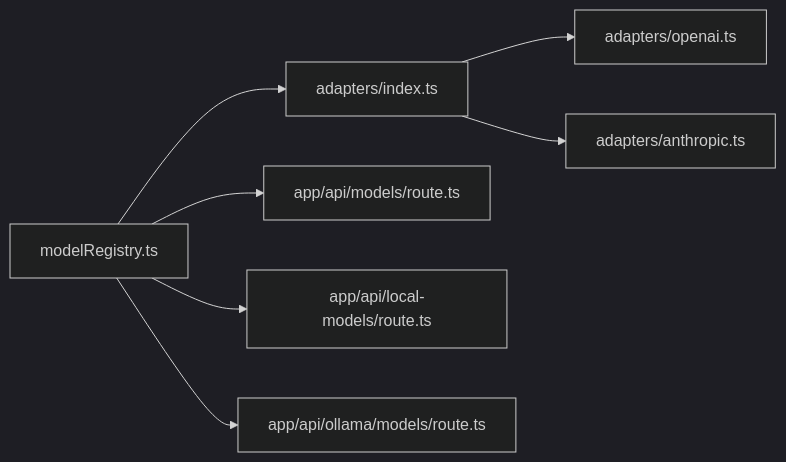
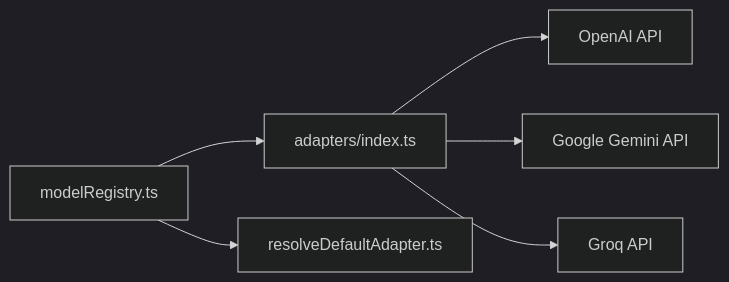
The fifth of 5 diagrams in .qoder/repowiki/en/content/AI Generation Engine/Model Configuration & Selection/Model Registry & Profiles.md (shekhargiri005-dotcom/AI-powered-accessibility-first-UI-engine), drawn with Mermaid (dark theme) before and after one commit. The commit also changed other lines of this file and 10 other files, not shown here.

````diff
--- a/.qoder/repowiki/en/content/AI Generation Engine/Model Configuration & Selection/Model Registry & Profiles.md
+++ b/.qoder/repowiki/en/content/AI Generation Engine/Model Configuration & Selection/Model Registry & Profiles.md
@@ -281,9 +260,8 @@
 ```mermaid
 graph LR
 MR["modelRegistry.ts"] --> ADIDX["adapters/index.ts"]
-MR --> API1["app/api/models/route.ts"]
-MR --> API2["app/api/local-models/route.ts"]
-MR --> API3["app/api/ollama/models/route.ts"]
-ADIDX --> OA["adapters/openai.ts"]
-ADIDX --> AC["adapters/anthropic.ts"]
+MR --> RESDEF["resolveDefaultAdapter.ts"]
+ADIDX --> OPENAI["OpenAI API"]
+ADIDX --> GOOGLE["Google Gemini API"]
+ADIDX --> GROQ["Groq API"]
 ```
````
